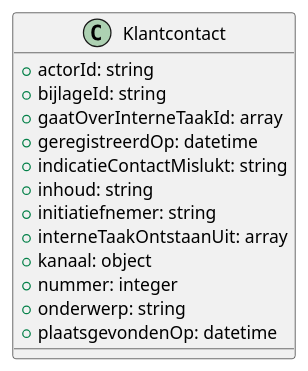
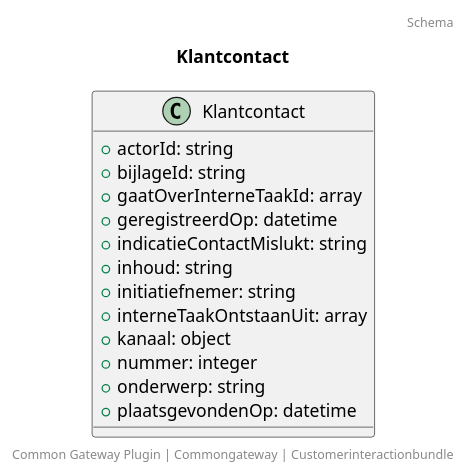
Before and after one commit to CommonGateway/CustomerInteractionBundle: the diagram in docs/schema/klant.klantcontact.puml, drawn with PlantUML. The commit also changed 41 other files, not shown here.

```diff
--- a/docs/schema/klant.klantcontact.puml
+++ b/docs/schema/klant.klantcontact.puml
@@ -1,16 +1,20 @@
 @startuml
+title: Klantcontact
+footer: Common Gateway Plugin | Commongateway | Customerinteractionbundle 
+header: Schema
+
 class Klantcontact {
   + actorId: string
   + bijlageId: string
   + gaatOverInterneTaakId: array
   + geregistreerdOp: datetime
   + indicatieContactMislukt: string
   + inhoud: string
   + initiatiefnemer: string
   + interneTaakOntstaanUit: array
   + kanaal: object
   + nummer: integer
   + onderwerp: string
   + plaatsgevondenOp: datetime
 }
 @enduml
```
